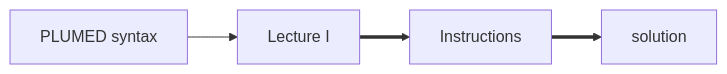
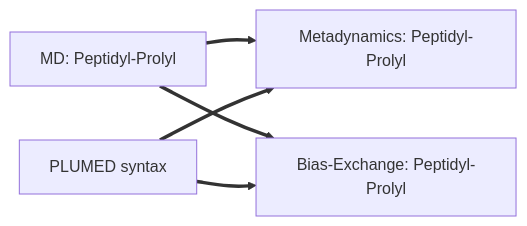
Before and after one commit to fabsugar/plumed-tutorial-be-aapak: the diagram in NAVIGATION.md, drawn with Mermaid.

````diff
--- a/NAVIGATION.md
+++ b/NAVIGATION.md
@@ -1,10 +1,11 @@
 ```mermaid
 flowchart LR
-A[PLUMED syntax] --> B[Lecture I]
-B ==> C[Instructions]
-C ==> D[solution]
+A[MD: Peptidyl-Prolyl] ==> B[Metadynamics: Peptidyl-Prolyl]
+A[MD: Peptidyl-Prolyl] ==> C[Bias-Exchange: Peptidyl-Prolyl]
+D[PLUMED syntax] ==> B[Metadynamics: Peptidyl-Prolyl]
+D[PLUMED syntax] ==> C[Bias-Exchange: Peptidyl-Prolyl]
 click A "http://www.plumed-tutorials.org/lessons/21/001/data/NAVIGATION.html" "You should complete this earlier masterclass before completing this exercise"
 click B "video1" "A video that introduces the exercise"
 click C "README.md" "The instructions for the exercise"
 click D "notebooks/solultion.ipynb" "A python notebook containing a full set of solutions for the exercise"
 ```
````
